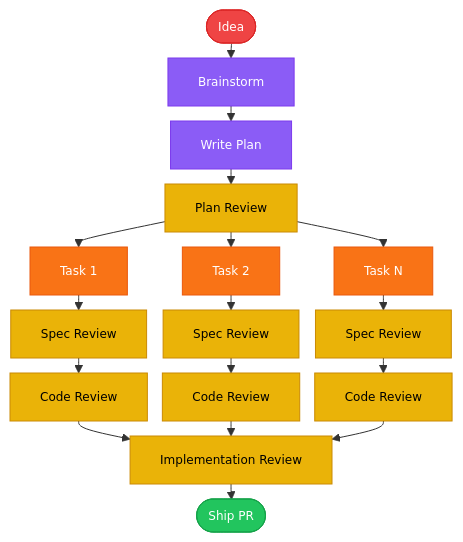
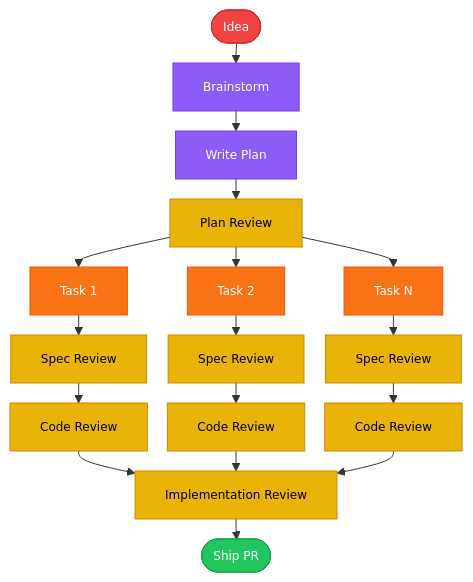
One commit to nikhilsitaram/superpowers changed the diagram in README.md. Above: the diagram before and after it, drawn with Mermaid.

Commit message:
docs: restore nodeSpacing and rankSpacing to 20

````diff
--- a/README.md
+++ b/README.md
@@ -19,37 +19,37 @@
 ```mermaid
-%%{init: {'flowchart': {'nodeSpacing': 15, 'rankSpacing': 15}, 'themeVariables': {'fontSize': '12px'}}}%%
+%%{init: {'flowchart': {'nodeSpacing': 20, 'rankSpacing': 20}, 'themeVariables': {'fontSize': '12px'}}}%%
 flowchart TD
     A([Idea]) --> B[Brainstorm]
     B --> C[Write Plan]
     C --> D[Plan Review]
 
     D --> T1[Task 1]
     D --> T2[Task 2]
     D --> TN[Task N]
 
     T1 --> S1[Spec Review]
     S1 --> C1[Code Review]
     T2 --> S2[Spec Review]
     S2 --> C2[Code Review]
     TN --> SN[Spec Review]
     SN --> CN[Code Review]
 
     C1 & C2 & CN --> IR[Implementation Review]
     IR --> Ship([Ship PR])
 
     style A    fill:#ef4444,stroke:#dc2626,color:#fff
     style B    fill:#8b5cf6,stroke:#7c3aed,color:#fff
     style C    fill:#8b5cf6,stroke:#7c3aed,color:#fff
     style D    fill:#eab308,stroke:#ca8a04,color:#000
     style T1   fill:#f97316,stroke:#ea580c,color:#fff
     style T2   fill:#f97316,stroke:#ea580c,color:#fff
     style TN   fill:#f97316,stroke:#ea580c,color:#fff
     style S1   fill:#eab308,stroke:#ca8a04,color:#000
     style C1   fill:#eab308,stroke:#ca8a04,color:#000
     style S2   fill:#eab308,stroke:#ca8a04,color:#000
     style C2   fill:#eab308,stroke:#ca8a04,color:#000
     style SN   fill:#eab308,stroke:#ca8a04,color:#000
     style CN   fill:#eab308,stroke:#ca8a04,color:#000
     style IR   fill:#eab308,stroke:#ca8a04,color:#000
     style Ship fill:#22c55e,stroke:#16a34a,color:#fff
 ```
````
